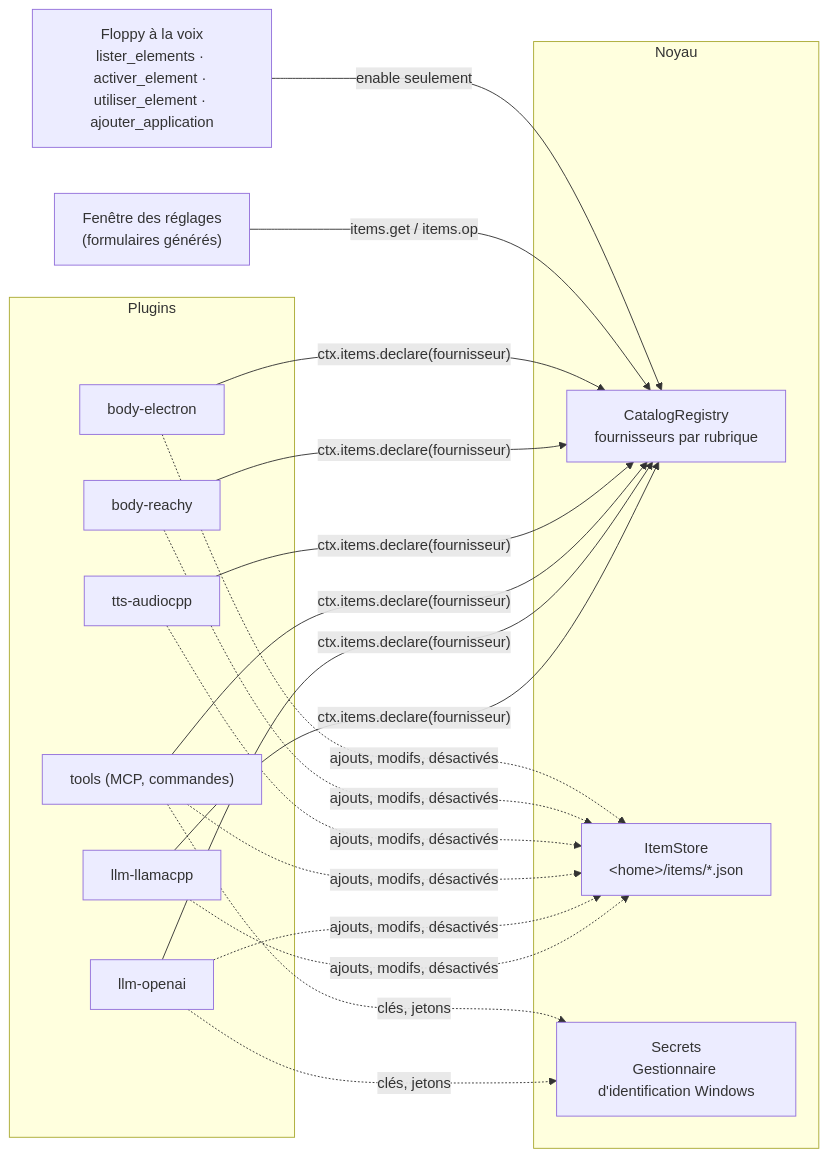
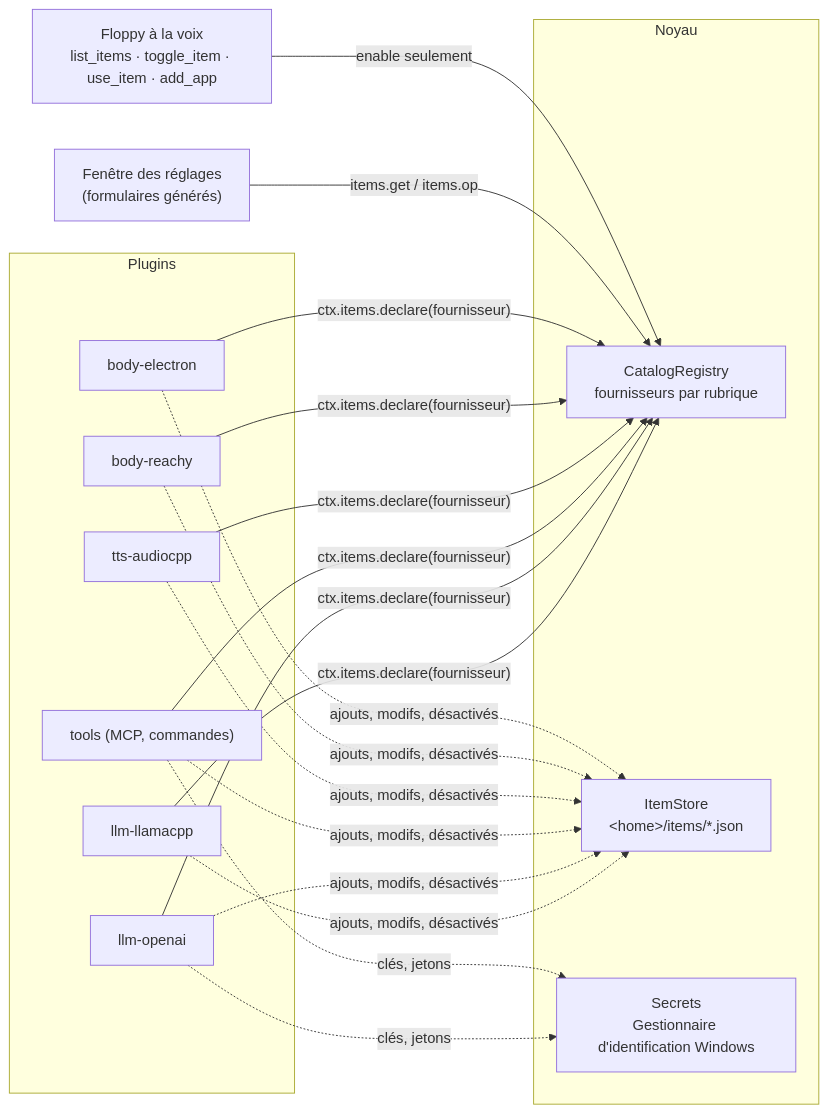
The second of 5 diagrams in docs/spec/elements.md (gleborgne/floppy), drawn with Mermaid before and after one commit. The commit also changed other lines of this file and 169 other files, not shown here.

````diff
--- a/docs/spec/elements.md
+++ b/docs/spec/elements.md
@@ -57,23 +57,23 @@
 ```mermaid
 flowchart LR
   subgraph P["Plugins"]
     L["llm-llamacpp"]
     O["llm-openai"]
     T["tools (MCP, commandes)"]
     V["tts-audiocpp"]
     R["body-reachy"]
     E["body-electron"]
   end
   subgraph K["Noyau"]
     C["CatalogRegistry<br/>fournisseurs par rubrique"]
     S["ItemStore<br/>&lt;home&gt;/items/*.json"]
     X["Secrets<br/>Gestionnaire d'identification Windows"]
   end
   W["Fenêtre des réglages<br/>(formulaires générés)"]
-  F["Floppy à la voix<br/>lister_elements · activer_element · utiliser_element · ajouter_application"]
+  F["Floppy à la voix<br/>list_items · toggle_item · use_item · add_app"]
   L & O & T & V & R & E -- "ctx.items.declare(fournisseur)" --> C
   L & O & T & V & R & E -. "ajouts, modifs, désactivés" .-> S
   O & T -. "clés, jetons" .-> X
   W -- "items.get / items.op" --> C
   F -- "enable seulement" --> C
 ```
````
